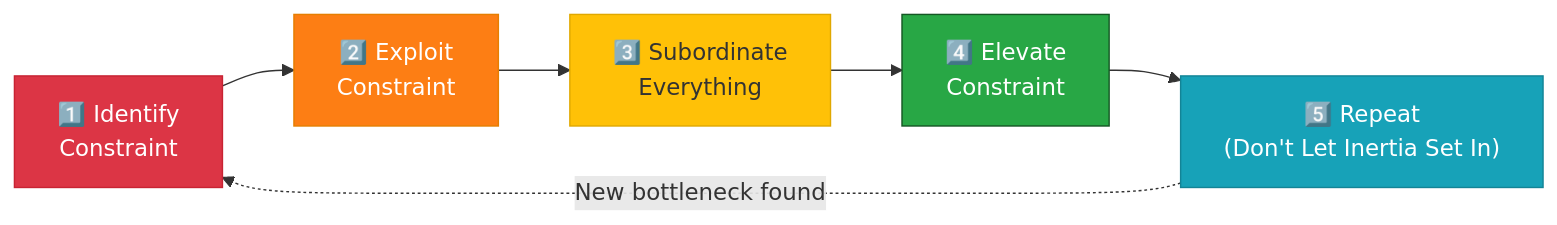
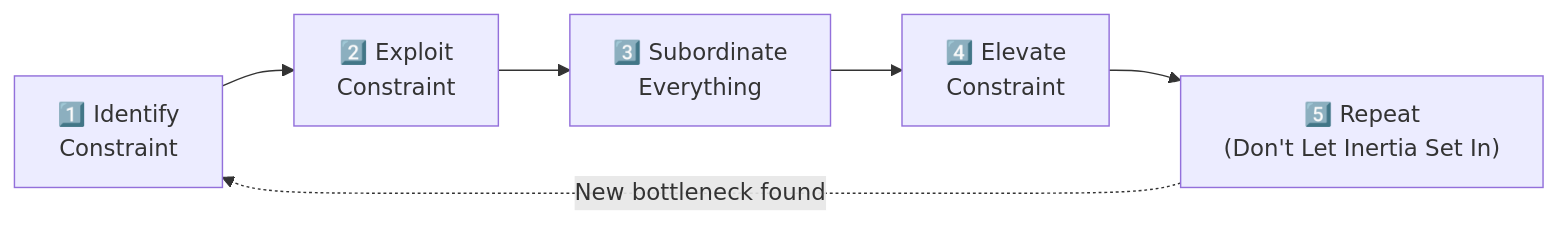
Before and after one commit to faris-isa/hermes-research: the diagram in content/knowledge/oee/improvement.md, drawn with Mermaid. The commit also changed 5 other files, not shown here.

First line of the commit message:
fix: remove custom Mermaid styling for dark theme compatibility (#8)

````diff
--- a/content/knowledge/oee/improvement.md
+++ b/content/knowledge/oee/improvement.md
@@ -131,14 +131,8 @@
 ```mermaid
 graph LR
     S1["1️⃣ Identify<br/>Constraint"] --> S2["2️⃣ Exploit<br/>Constraint"]
     S2 --> S3["3️⃣ Subordinate<br/>Everything"]
     S3 --> S4["4️⃣ Elevate<br/>Constraint"]
     S4 --> S5["5️⃣ Repeat<br/>(Don't Let Inertia Set In)"]
     S5 -.->|"New bottleneck found"| S1
-
-    style S1 fill:#dc3545,stroke:#c82333,color:#fff
-    style S2 fill:#fd7e14,stroke:#e67e00,color:#fff
-    style S3 fill:#ffc107,stroke:#e0a800
-    style S4 fill:#28a745,stroke:#155724,color:#fff
-    style S5 fill:#17a2b8,stroke:#138496,color:#fff
 ```
````
